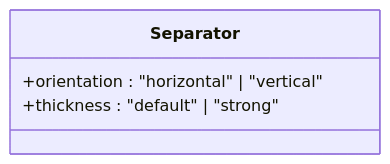
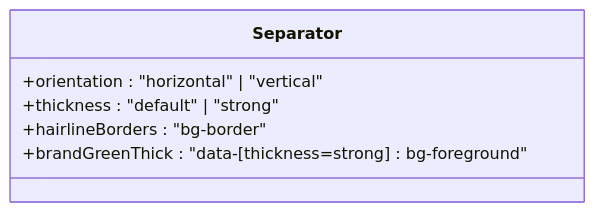
Before and after one commit to userisaziz/samaa-ai: diagram 15 of 18 in .qoder/repowiki/en/content/Frontend Application/UI Component Library & Design System.md, drawn with Mermaid. The commit also changed other lines of this file and 108 other files, not shown here.

````diff
--- a/.qoder/repowiki/en/content/Frontend Application/UI Component Library & Design System.md
+++ b/.qoder/repowiki/en/content/Frontend Application/UI Component Library & Design System.md
@@ -525,7 +797,9 @@
 ```mermaid
 classDiagram
 class Separator {
 +orientation : "horizontal" | "vertical"
 +thickness : "default" | "strong"
++hairlineBorders : "bg-border"
++brandGreenThick : "data-[thickness=strong] : bg-foreground"
 }
 ```
````
